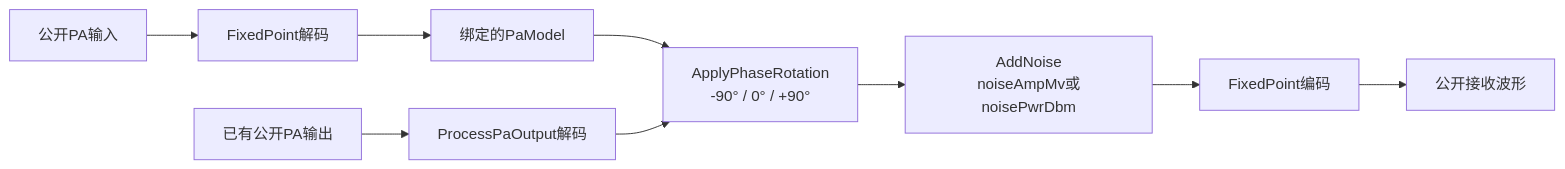
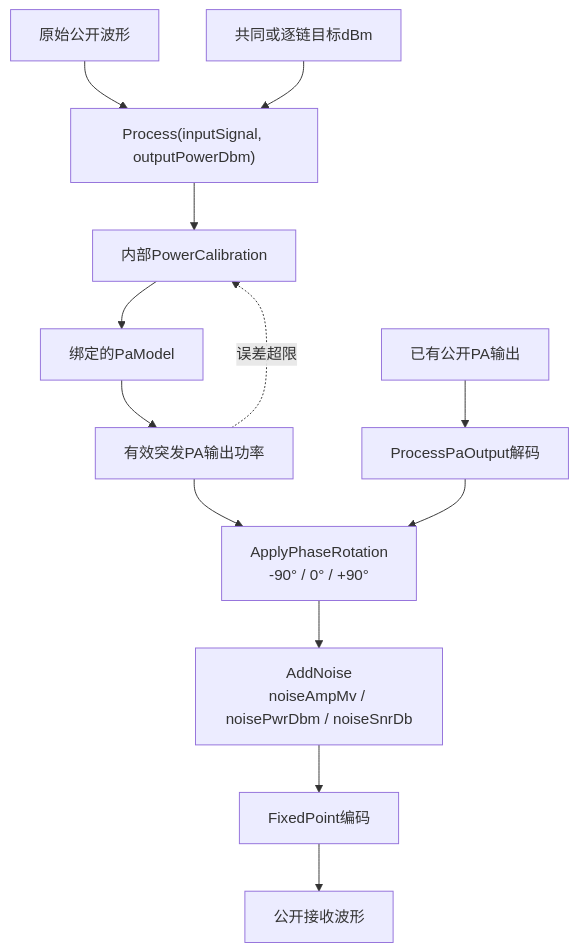
Before and after one commit to niyilu45/DPD_ILC: diagram 12 of 18 in README.md, drawn with Mermaid. The commit also changed other lines of this file and 10 other files, not shown here.

Commit message:
Integrate channel power calibration and SNR noise

````diff
--- a/README.md
+++ b/README.md
@@ -528,11 +533,15 @@
 ```mermaid
-flowchart LR
-    input["公开PA输入"] --> decode["FixedPoint解码"]
-    decode --> pa["绑定的PaModel"]
-    pa --> phase["ApplyPhaseRotation<br/>-90° / 0° / +90°"]
-    phase --> noise["AddNoise<br/>noiseAmpMv或noisePwrDbm"]
+flowchart TD
+    raw["原始公开波形"] --> process["Process(inputSignal, outputPowerDbm)"]
+    target["共同或逐链目标dBm"] --> process
+    process --> calibration["内部PowerCalibration"]
+    calibration --> pa["绑定的PaModel"]
+    pa --> detector["有效突发PA输出功率"]
+    detector -. "误差超限" .-> calibration
+    detector --> phase["ApplyPhaseRotation<br/>-90° / 0° / +90°"]
+    phase --> noise["AddNoise<br/>noiseAmpMv / noisePwrDbm / noiseSnrDb"]
     noise --> encode["FixedPoint编码"]
     encode --> receiver["公开接收波形"]
     paOutput["已有公开PA输出"] --> paDecode["ProcessPaOutput解码"]
     paDecode --> phase
 ```
````
